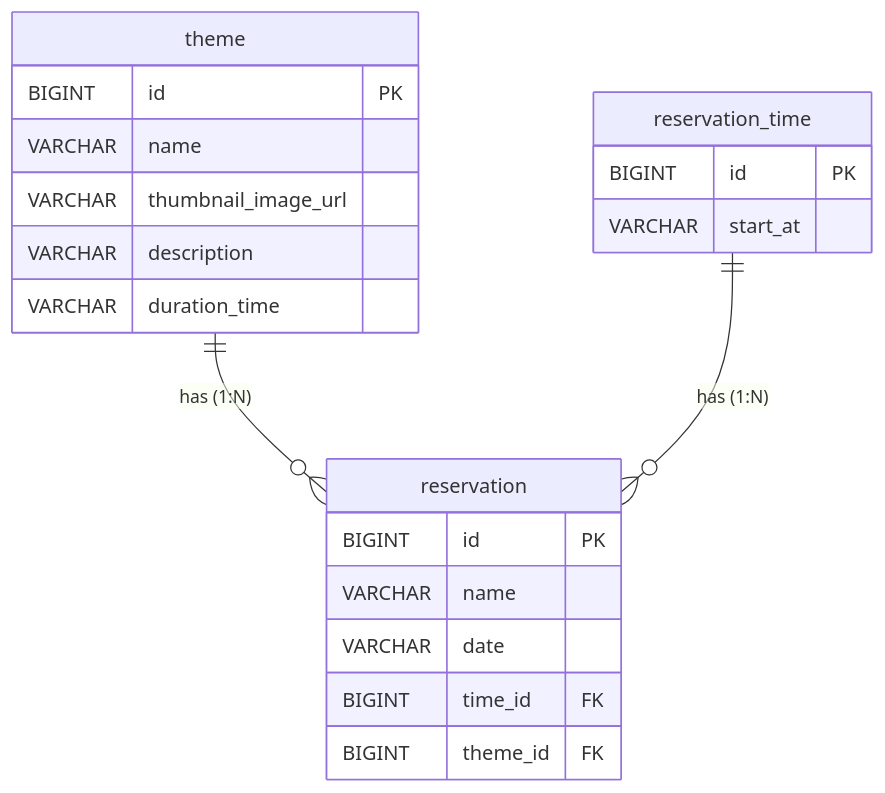
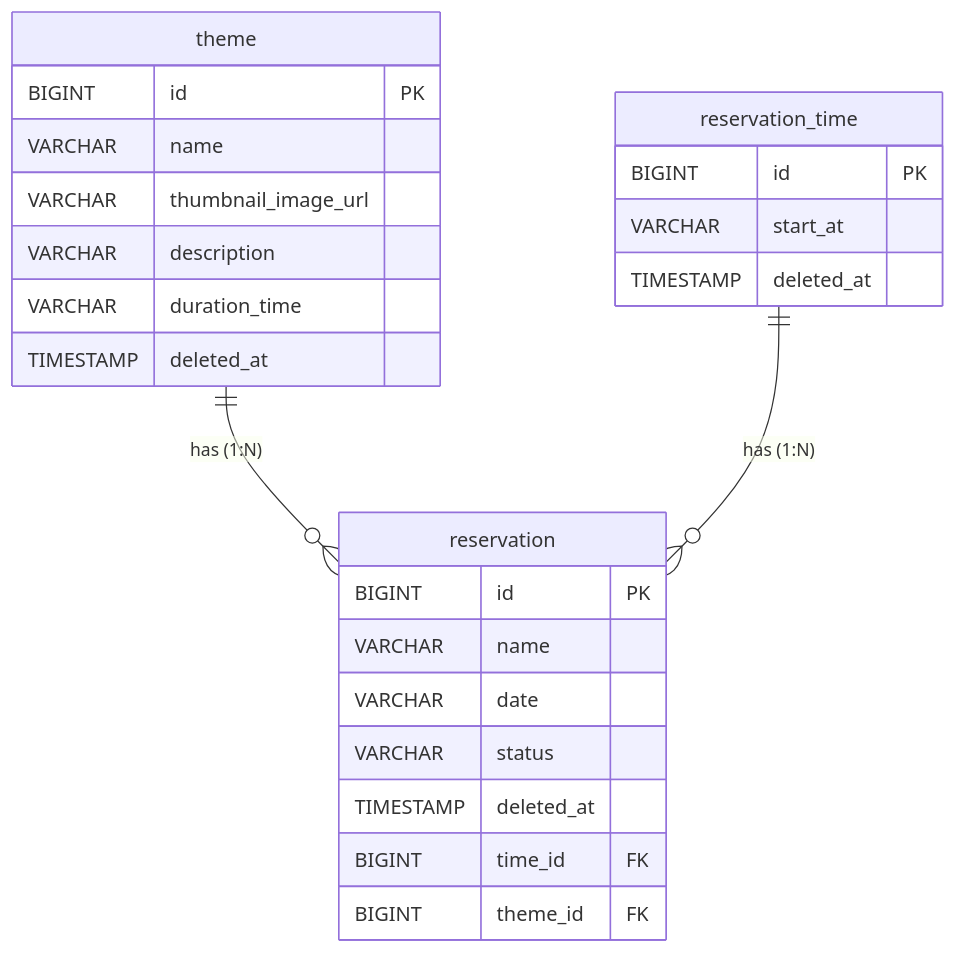
The diagram in README.md (woowacourse/spring-roomescape-member), drawn with Mermaid before and after one commit. The commit also changed 70 other files, not shown here.

````diff
--- a/README.md
+++ b/README.md
@@ -26,28 +26,32 @@
 ```mermaid
 erDiagram
 %% Relationships
 theme ||--o{ reservation : "has (1:N)"
 reservation_time ||--o{ reservation : "has (1:N)"
 
     %% Tables
     theme {
         BIGINT id PK
         VARCHAR name
         VARCHAR thumbnail_image_url
         VARCHAR description
         VARCHAR duration_time
+        TIMESTAMP deleted_at
     }
 
     reservation_time {
         BIGINT id PK
         VARCHAR start_at
+        TIMESTAMP deleted_at
     }
 
     reservation {
         BIGINT id PK
         VARCHAR name
         VARCHAR date
+        VARCHAR status
+        TIMESTAMP deleted_at
         BIGINT time_id FK
         BIGINT theme_id FK
     }
 ```
````
